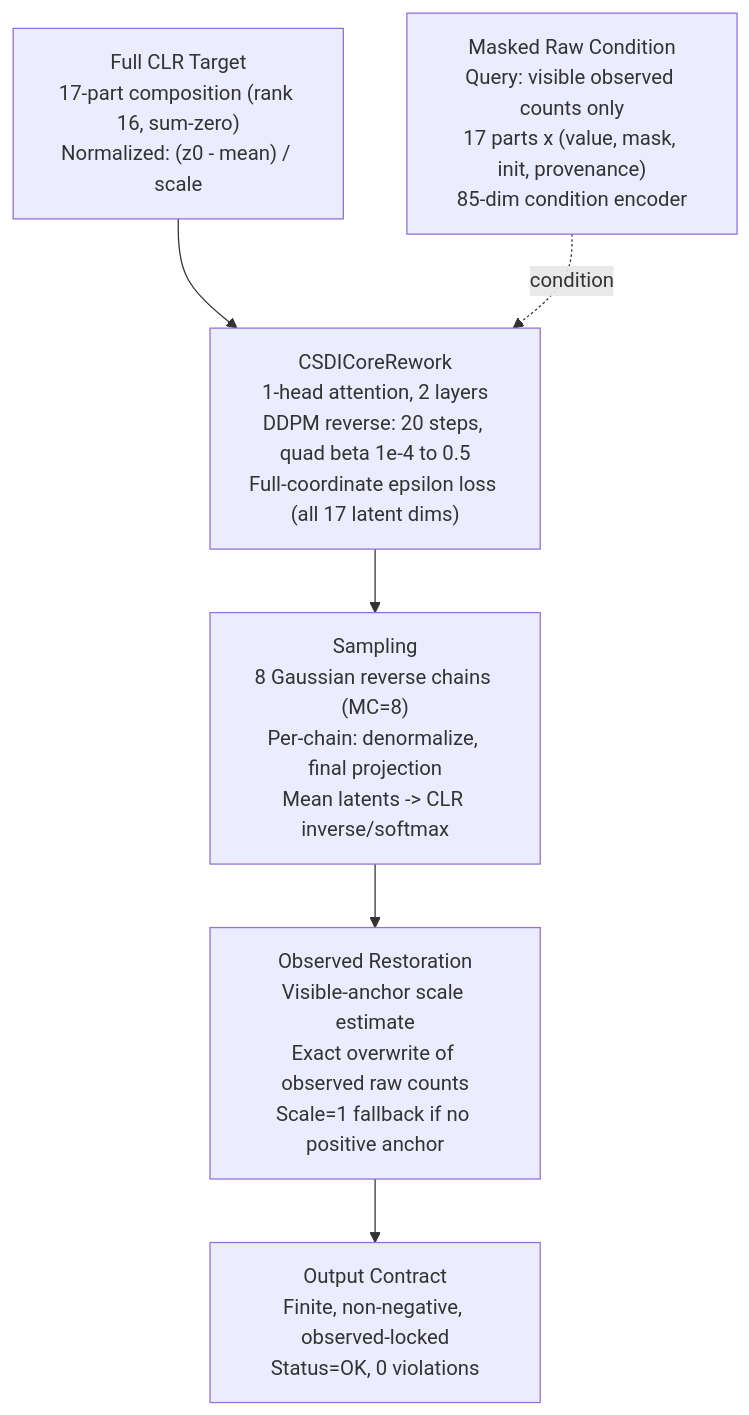
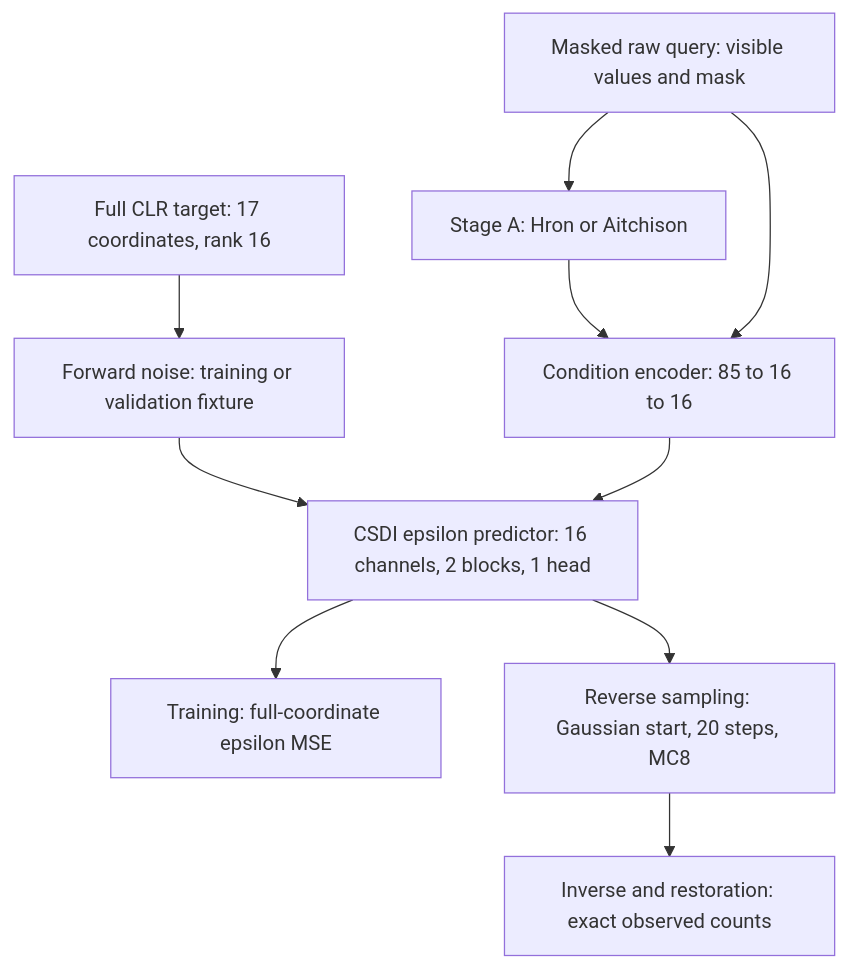
The diagram in reports/figures/pipeline_model_detail.mmd (quochieu586/code-missing-imputation), drawn with Mermaid before and after one commit. The commit also changed 10 other files, not shown here.

```diff
--- a/reports/figures/pipeline_model_detail.mmd
+++ b/reports/figures/pipeline_model_detail.mmd
@@ -1,10 +1,10 @@
 flowchart TD
-    A["Full CLR Target\n17-part composition (rank 16, sum-zero)\nNormalized: (z0 - mean) / scale"]
-    B["Masked Raw Condition\nQuery: visible observed counts only\n17 parts x (value, mask, init, provenance)\n85-dim condition encoder"]
-    C["CSDICoreRework\n1-head attention, 2 layers\nDDPM reverse: 20 steps, quad beta 1e-4 to 0.5\nFull-coordinate epsilon loss (all 17 latent dims)"]
-    D["Sampling\n8 Gaussian reverse chains (MC=8)\nPer-chain: denormalize, final projection\nMean latents -> CLR inverse/softmax"]
-    E["Observed Restoration\nVisible-anchor scale estimate\nExact overwrite of observed raw counts\nScale=1 fallback if no positive anchor"]
-    F["Output Contract\nFinite, non-negative, observed-locked\nStatus=OK, 0 violations"]
-    A --> C
-    B -. "condition" .-> C
-    C --> D --> E --> F
+    T["Full CLR target: 17 coordinates, rank 16"] --> N["Forward noise: training or validation fixture"]
+    Q["Masked raw query: visible values and mask"] --> I["Stage A: Hron or Aitchison"]
+    I --> C["Condition encoder: 85 to 16 to 16"]
+    Q --> C
+    N --> M["CSDI epsilon predictor: 16 channels, 2 blocks, 1 head"]
+    C --> M
+    M --> L["Training: full-coordinate epsilon MSE"]
+    M --> S["Reverse sampling: Gaussian start, 20 steps, MC8"]
+    S --> O["Inverse and restoration: exact observed counts"]
```
